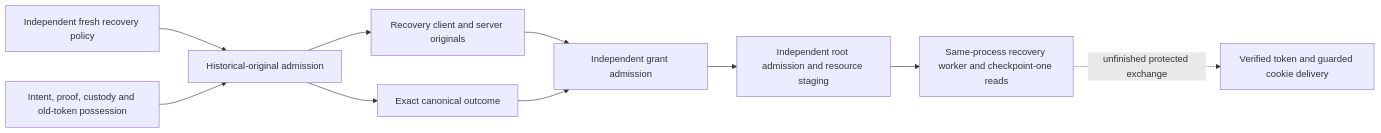
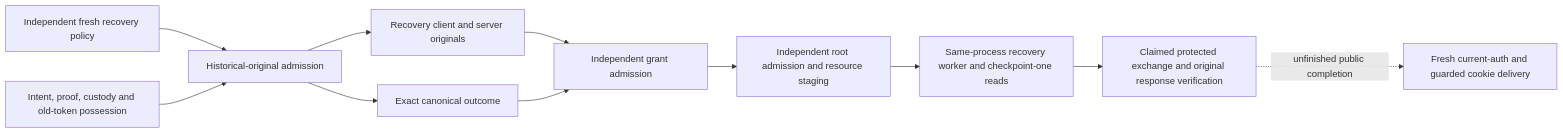
Before and after one commit to AndrewMohawk/catchplate: the second of 2 diagrams in docs/oidc-session-activation-public-recovery.md, drawn with Mermaid. The commit also changed other lines of this file and 19 other files, not shown here.

Commit message:
feat(auth): connect live-context protected recovery exchange

````diff
--- a/docs/oidc-session-activation-public-recovery.md
+++ b/docs/oidc-session-activation-public-recovery.md
@@ -174,12 +185,13 @@
 ```mermaid
 flowchart LR
   P[Independent fresh recovery policy] --> G[Historical-original admission]
   H[Intent, proof, custody and old-token possession] --> G
   G --> C[Recovery client and server originals]
   G --> O[Exact canonical outcome]
   C --> V[Independent grant admission]
   O --> V
   V --> D[Independent root admission and resource staging]
   D --> S[Same-process recovery worker and checkpoint-one reads]
-  S -. unfinished protected exchange .-> R[Verified token and guarded cookie delivery]
+  S --> X[Claimed protected exchange and original response verification]
+  X -. unfinished public completion .-> R[Fresh current-auth and guarded cookie delivery]
 ```
````
